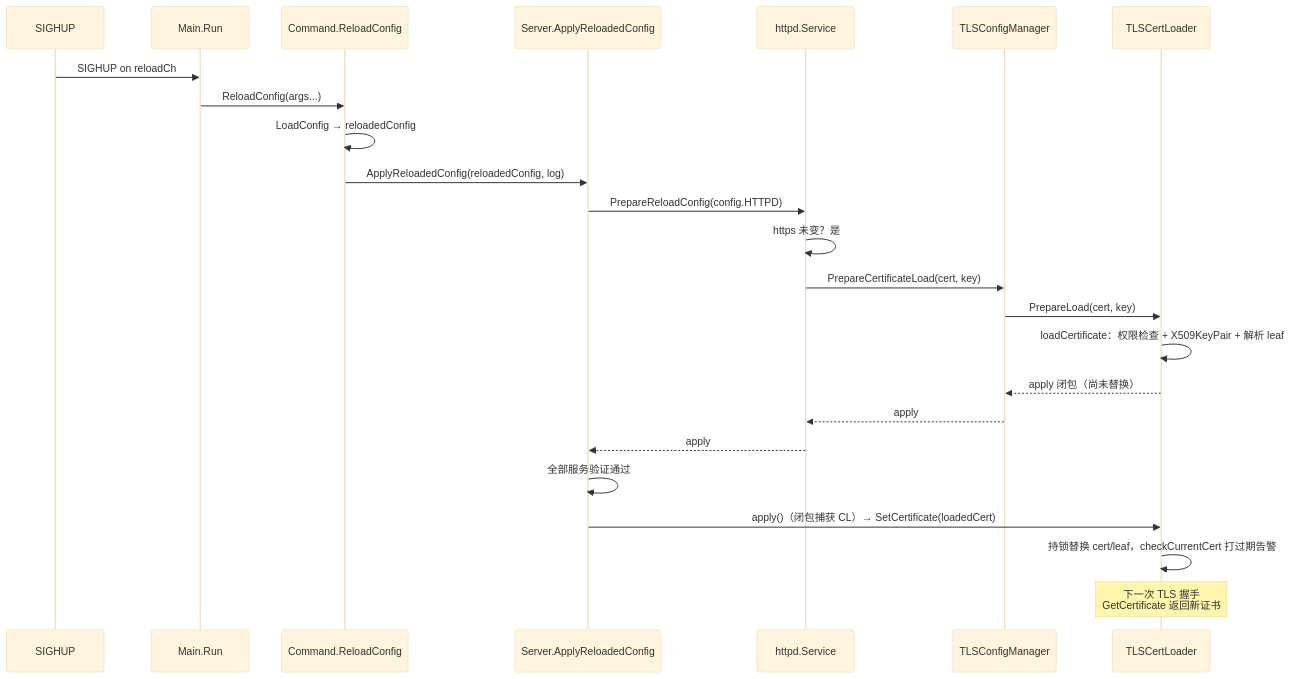
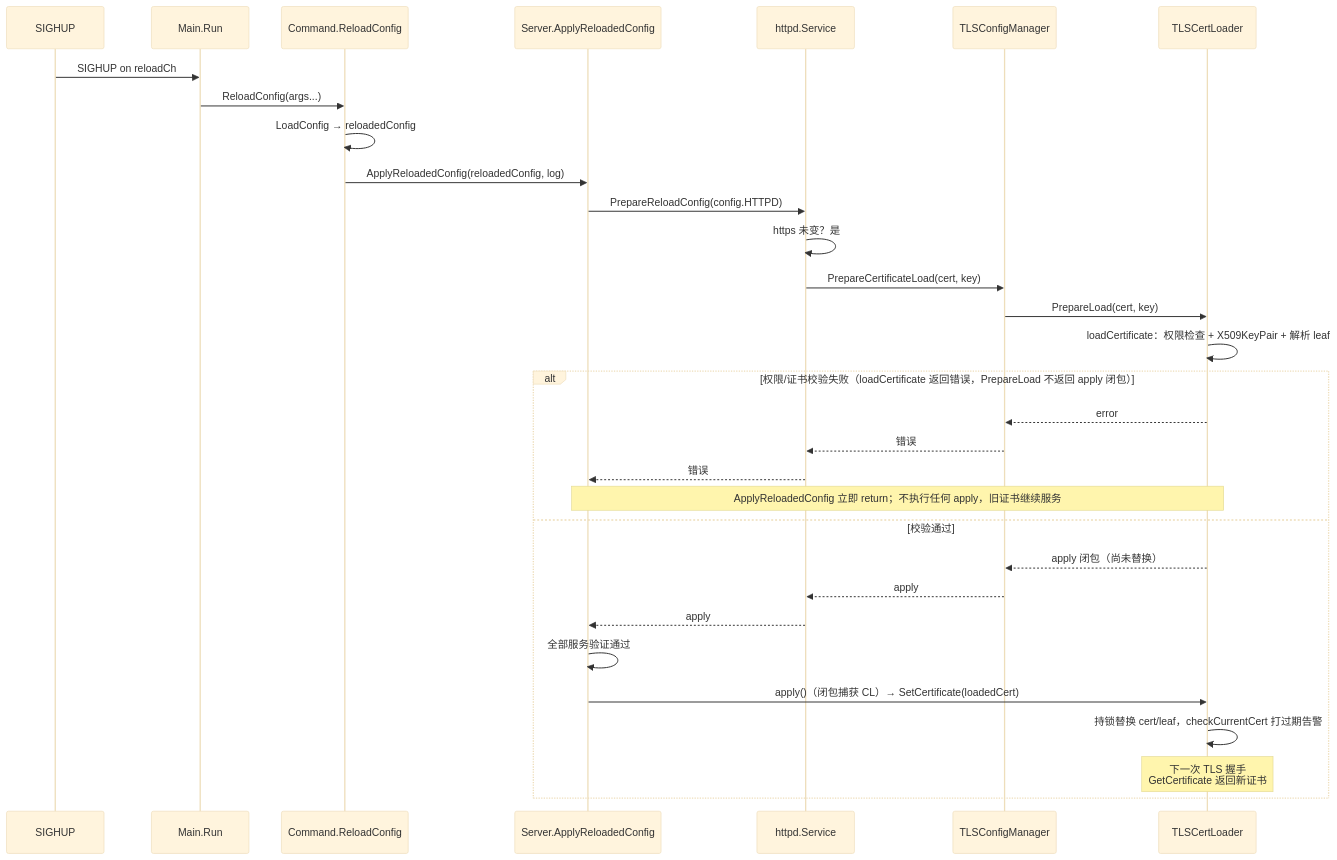
One commit to stefanv5/influxdb changed the third of 3 diagrams in docs/specs/v1.8.10-vs-v1.12.3/06_http_flux_diff.md. Above: the diagram before and after it, drawn with Mermaid (base theme). The commit also changed other lines of this file and 11 other files, not shown here.

First line of the commit message:
docs: complete D1-D6 diagram/module/case audit

````diff
--- a/docs/specs/v1.8.10-vs-v1.12.3/06_http_flux_diff.md
+++ b/docs/specs/v1.8.10-vs-v1.12.3/06_http_flux_diff.md
@@ -1371,27 +1659,34 @@
 ```mermaid
 sequenceDiagram
     participant K as SIGHUP
     participant M as Main.Run
     participant C as Command.ReloadConfig
     participant S as Server.ApplyReloadedConfig
     participant H as httpd.Service
     participant TM as TLSConfigManager
     participant CL as TLSCertLoader
 
     K->>M: SIGHUP on reloadCh
     M->>C: ReloadConfig(args...)
     C->>C: LoadConfig → reloadedConfig
     C->>S: ApplyReloadedConfig(reloadedConfig, log)
     S->>H: PrepareReloadConfig(config.HTTPD)
     H->>H: https 未变？是
     H->>TM: PrepareCertificateLoad(cert, key)
     TM->>CL: PrepareLoad(cert, key)
     CL->>CL: loadCertificate：权限检查 + X509KeyPair + 解析 leaf
-    CL-->>TM: apply 闭包（尚未替换）
-    TM-->>H: apply
-    H-->>S: apply
-    S->>S: 全部服务验证通过
-    S->>CL: apply()（闭包捕获 CL）→ SetCertificate(loadedCert)
-    CL->>CL: 持锁替换 cert/leaf，checkCurrentCert 打过期告警
-    Note over CL: 下一次 TLS 握手<br/>GetCertificate 返回新证书
+    alt 权限/证书校验失败（loadCertificate 返回错误，PrepareLoad 不返回 apply 闭包）
+        CL-->>TM: error
+        TM-->>H: 错误
+        H-->>S: 错误
+        Note over S,CL: ApplyReloadedConfig 立即 return；不执行任何 apply，旧证书继续服务
+    else 校验通过
+        CL-->>TM: apply 闭包（尚未替换）
+        TM-->>H: apply
+        H-->>S: apply
+        S->>S: 全部服务验证通过
+        S->>CL: apply()（闭包捕获 CL）→ SetCertificate(loadedCert)
+        CL->>CL: 持锁替换 cert/leaf，checkCurrentCert 打过期告警
+        Note over CL: 下一次 TLS 握手<br/>GetCertificate 返回新证书
+    end
 ```
````
